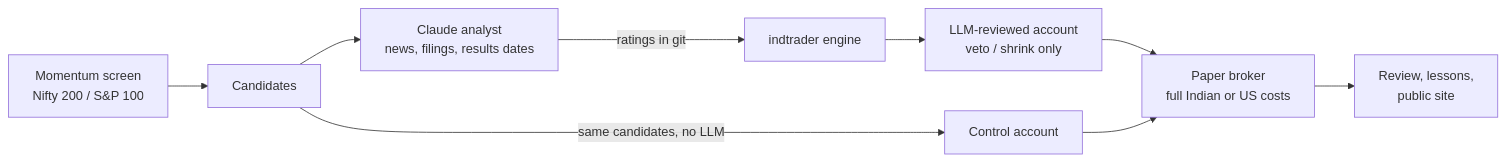
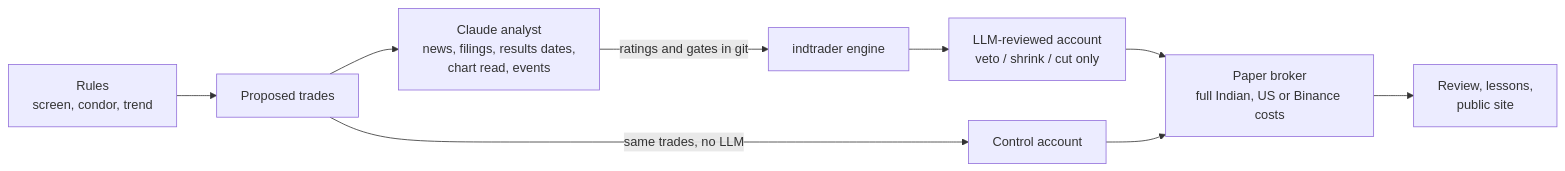
Before and after one commit to DharmikGohil/LLMTrading: the diagram in README.md, drawn with Mermaid. The commit also changed other lines of this file and 19 other files, not shown here.

````diff
--- a/README.md
+++ b/README.md
@@ -49,11 +44,11 @@
 ```mermaid
 flowchart LR
-    S["Momentum screen<br/>Nifty 200 / S&P 100"] --> C[Candidates]
-    C --> A["Claude analyst<br/>news, filings, results dates"]
-    A -->|ratings in git| E[indtrader engine]
-    C -->|same candidates, no LLM| X[Control account]
-    E --> M["LLM-reviewed account<br/>veto / shrink only"]
-    M --> P[Paper broker<br/>full Indian or US costs]
+    S["Rules<br/>screen, condor, trend"] --> C[Proposed trades]
+    C --> A["Claude analyst<br/>news, filings, results dates,<br/>chart read, events"]
+    A -->|ratings and gates in git| E[indtrader engine]
+    C -->|same trades, no LLM| X[Control account]
+    E --> M["LLM-reviewed account<br/>veto / shrink / cut only"]
+    M --> P["Paper broker<br/>full Indian, US or Binance costs"]
     X --> P
     P --> R["Review, lessons,<br/>public site"]
 ```
````
